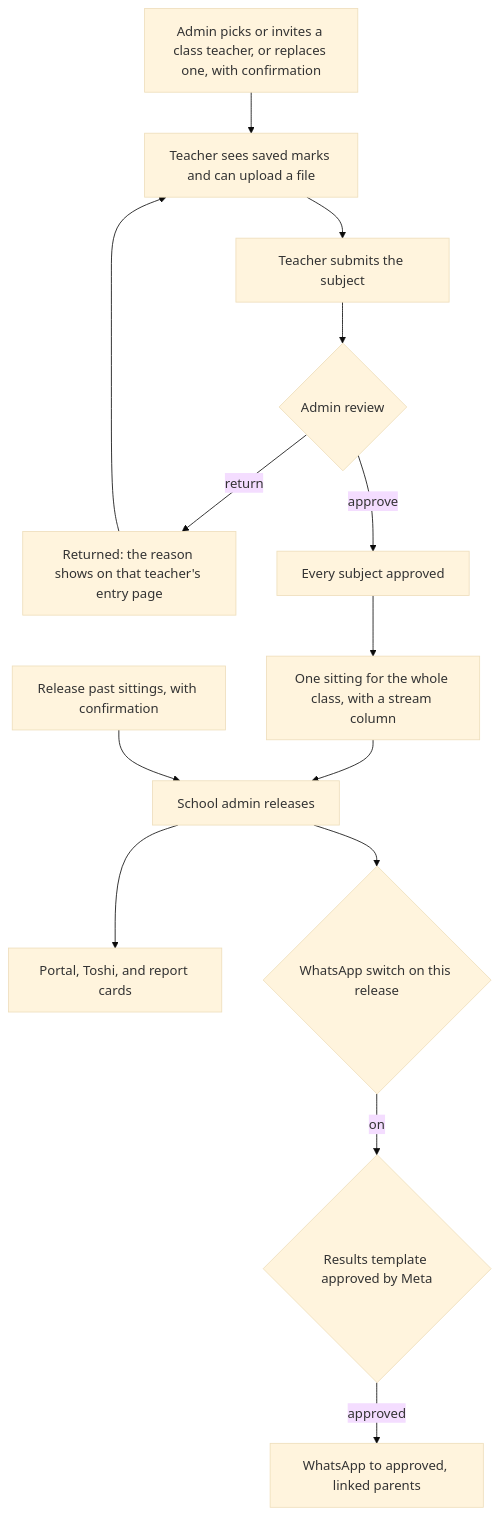
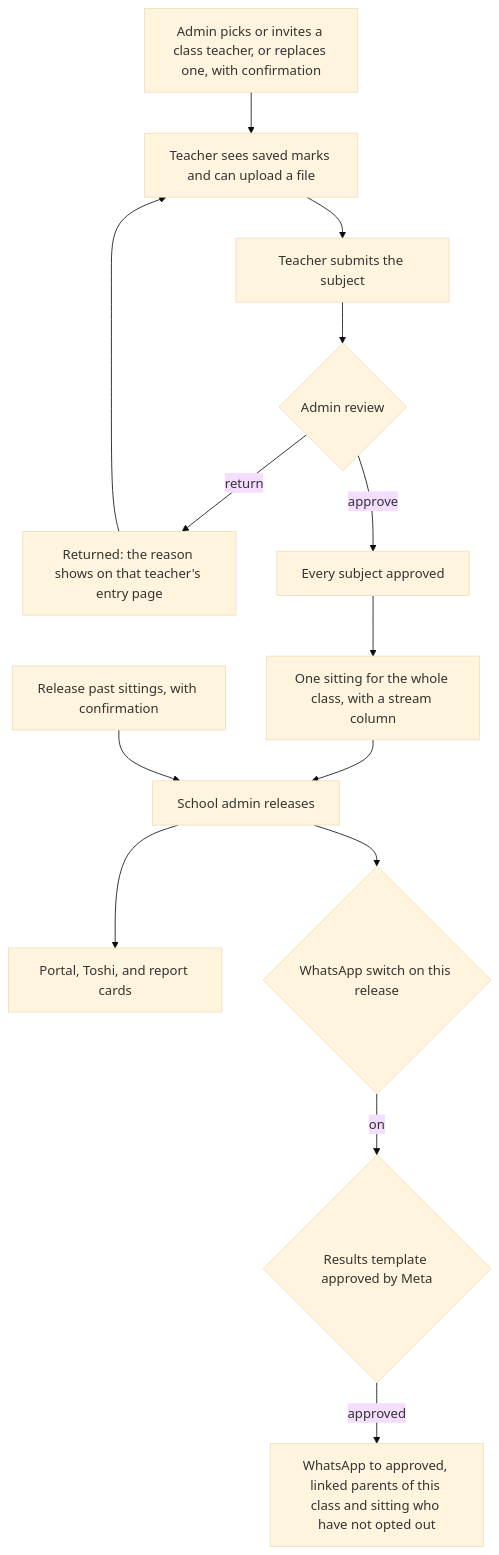
One commit to KlassApp-Foundation/KlassApp changed the first of 2 diagrams in docs/product/marks-flow.md. Above: the diagram before and after it, drawn with Mermaid (base theme). The commit also changed other lines of this file and 3 other files, not shown here.

First line of the commit message:
docs: marks n8n blueprint (docs/flows/marks.json) and spec comparison (#1236)

````diff
--- a/docs/product/marks-flow.md
+++ b/docs/product/marks-flow.md
@@ -15,30 +15,30 @@
 ```mermaid
 flowchart TD
   assign["Admin picks or invites a class teacher, or replaces one, with confirmation"]
   enter["Teacher sees saved marks and can upload a file"]
   submit["Teacher submits the subject"]
   review{"Admin review"}
   returned["Returned: the reason shows on that teacher's entry page"]
   approved["Every subject approved"]
   sheet["One sitting for the whole class, with a stream column"]
   release["School admin releases"]
   past["Release past sittings, with confirmation"]
   family["Portal, Toshi, and report cards"]
   switch{"WhatsApp switch on this release"}
   template{"Results template approved by Meta"}
-  wa["WhatsApp to approved, linked parents"]
+  wa["WhatsApp to approved, linked parents of this class and sitting who have not opted out"]
 
   assign --> enter
   enter --> submit
   submit --> review
   review -->|return| returned
   returned --> enter
   review -->|approve| approved
   approved --> sheet
   sheet --> release
   past --> release
   release --> family
   release --> switch
   switch -->|on| template
   template -->|approved| wa
 ```
````
